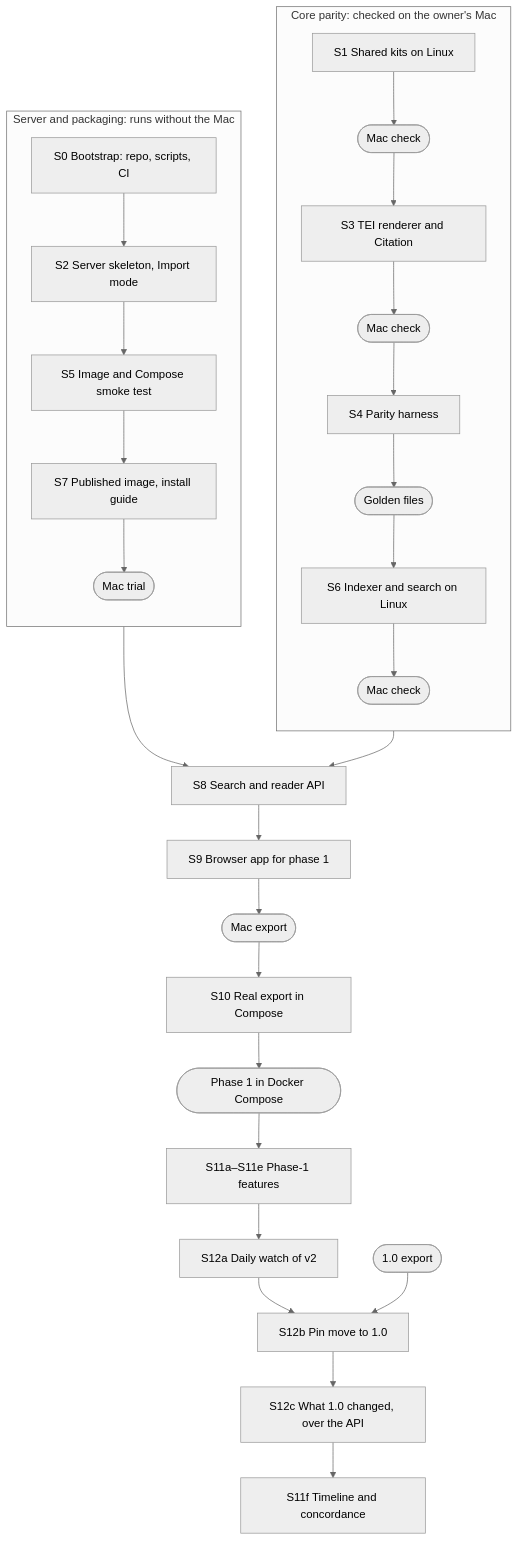
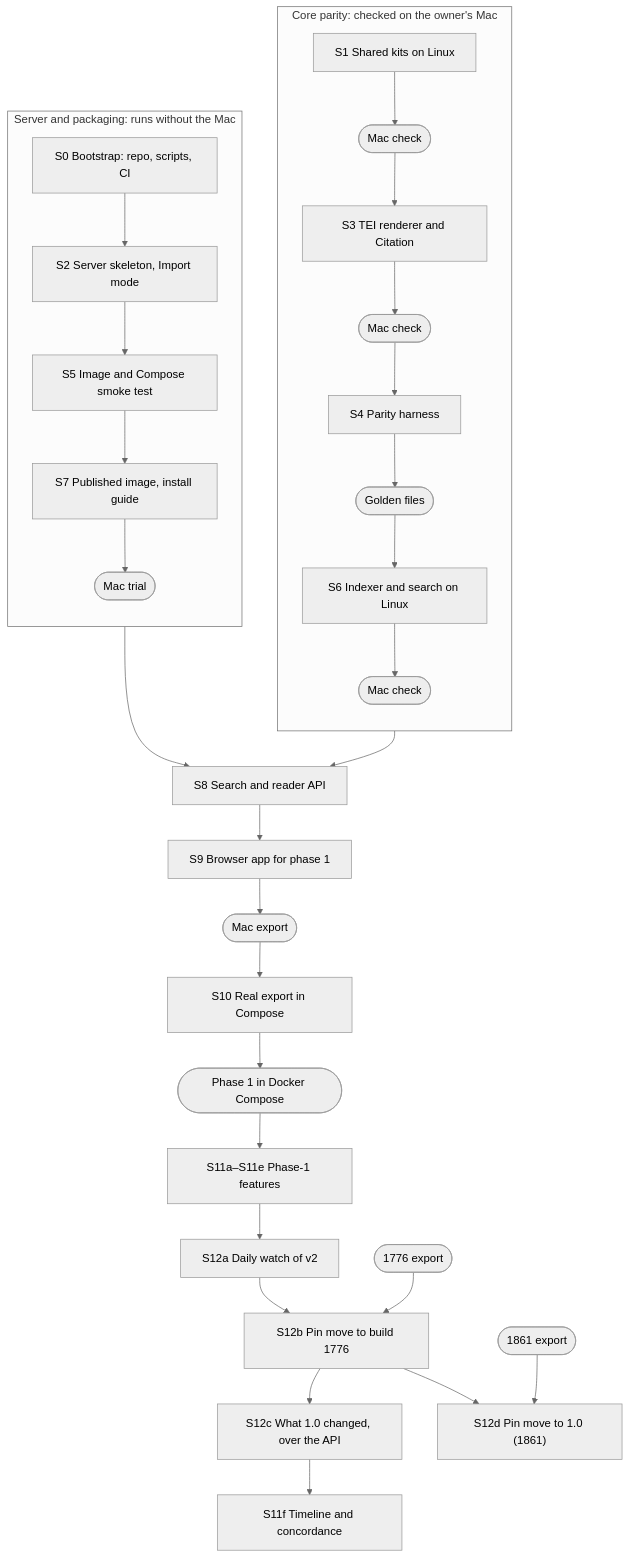
The diagram in docs/PLAN.md (joshbotts/FRUS-Explorer-Web-App), drawn with Mermaid (neutral theme) before and after one commit. The commit also changed other lines of this file and 2 other files, not shown here.

Commit message:
The pin lands at build-51 first, for an image tagged 1.0-1776, and S12d moves it to version-1.0 for 1.0-1861, on the owner's word; the 1776 exports are made

````diff
--- a/docs/PLAN.md
+++ b/docs/PLAN.md
@@ -121,16 +121,18 @@
 ```mermaid
 flowchart TB
   subgraph core["Core parity: checked on the owner's Mac"]
     direction TB
     S1["S1 Shared kits on Linux"] --> G1(["Mac check"]) --> S3["S3 TEI renderer and Citation"] --> G2(["Mac check"]) --> S4["S4 Parity harness"] --> G3(["Golden files"]) --> S6["S6 Indexer and search on Linux"] --> G4(["Mac check"])
   end
   subgraph server["Server and packaging: runs without the Mac"]
     direction TB
     S0["S0 Bootstrap: repo, scripts, CI"] --> S2["S2 Server skeleton, Import mode"] --> S5["S5 Image and Compose smoke test"] --> S7["S7 Published image, install guide"] --> G5(["Mac trial"])
   end
   G4 --> S8["S8 Search and reader API"]
   G5 --> S8
   S8 --> S9["S9 Browser app for phase 1"] --> G6(["Mac export"]) --> S10["S10 Real export in Compose"] --> M(["Phase 1 in Docker Compose"])
-  M --> S11["S11a–S11e Phase-1 features"] --> S12a["S12a Daily watch of v2"] --> S12b["S12b Pin move to 1.0"] --> S12c["S12c What 1.0 changed, over the API"] --> S11f["S11f Timeline and concordance"]
-  G7(["1.0 export"]) --> S12b
+  M --> S11["S11a–S11e Phase-1 features"] --> S12a["S12a Daily watch of v2"] --> S12b["S12b Pin move to build 1776"] --> S12c["S12c What 1.0 changed, over the API"] --> S11f["S11f Timeline and concordance"]
+  G7(["1776 export"]) --> S12b
+  S12b --> S12d["S12d Pin move to 1.0 (1861)"]
+  G8(["1861 export"]) --> S12d
 ```
````
